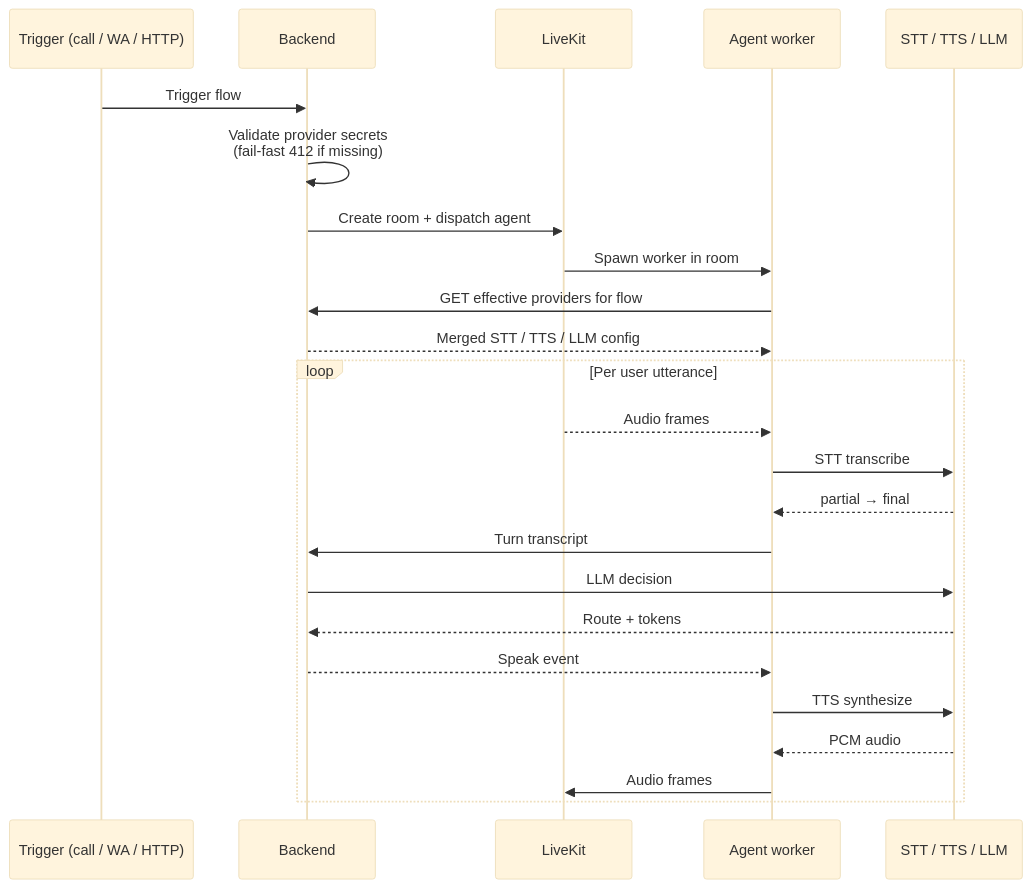
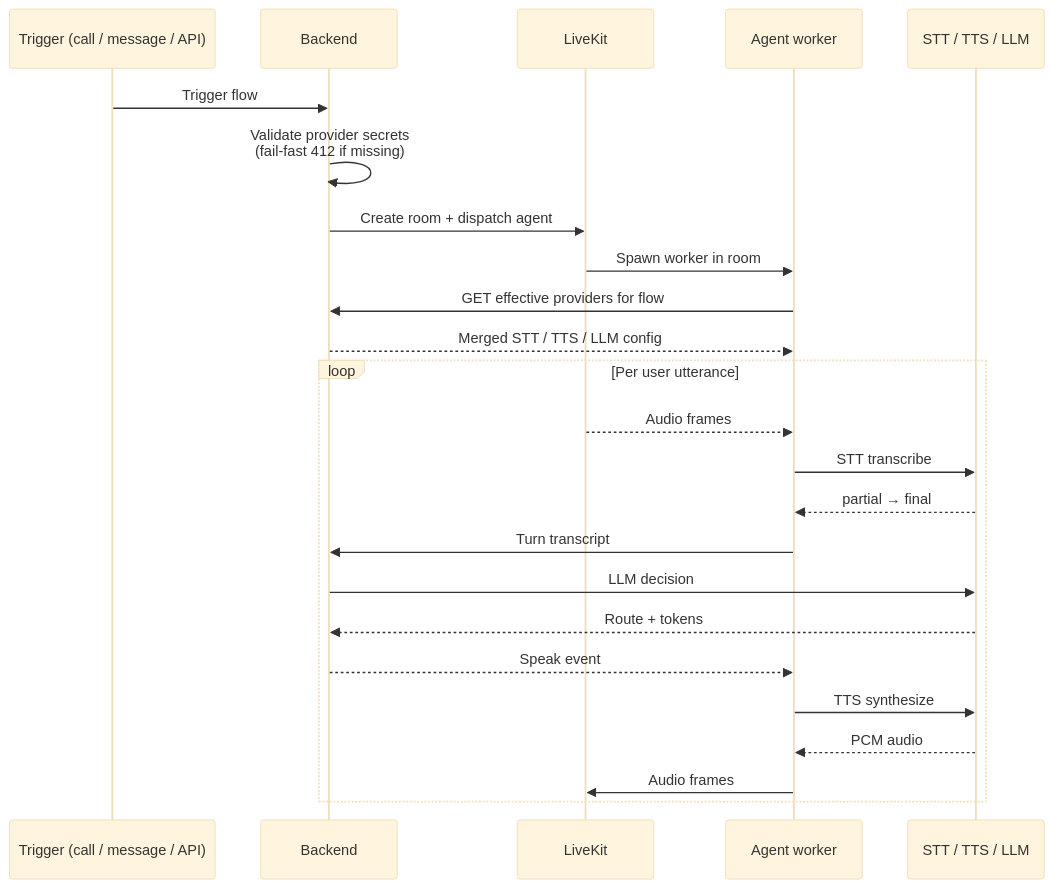
One commit to Aico-Systems/docs changed the first of 2 diagrams in platform/concepts.mdx. Above: the diagram before and after it, drawn with Mermaid (base theme). The commit also changed other lines of this file and 10 other files, not shown here.

````diff
--- a/platform/concepts.mdx
+++ b/platform/concepts.mdx
@@ -26,27 +28,27 @@
 ```mermaid
 sequenceDiagram
-    participant Ext as Trigger (call / WA / HTTP)
+    participant Ext as Trigger (call / message / API)
     participant BE as Backend
     participant LK as LiveKit
     participant AGT as Agent worker
     participant Prov as STT / TTS / LLM
 
     Ext->>BE: Trigger flow
     BE->>BE: Validate provider secrets<br/>(fail-fast 412 if missing)
     BE->>LK: Create room + dispatch agent
     LK->>AGT: Spawn worker in room
     AGT->>BE: GET effective providers for flow
     BE-->>AGT: Merged STT / TTS / LLM config
     loop Per user utterance
         LK-->>AGT: Audio frames
         AGT->>Prov: STT transcribe
         Prov-->>AGT: partial → final
         AGT->>BE: Turn transcript
         BE->>Prov: LLM decision
         Prov-->>BE: Route + tokens
         BE-->>AGT: Speak event
         AGT->>Prov: TTS synthesize
         Prov-->>AGT: PCM audio
         AGT->>LK: Audio frames
     end
 ```
````
